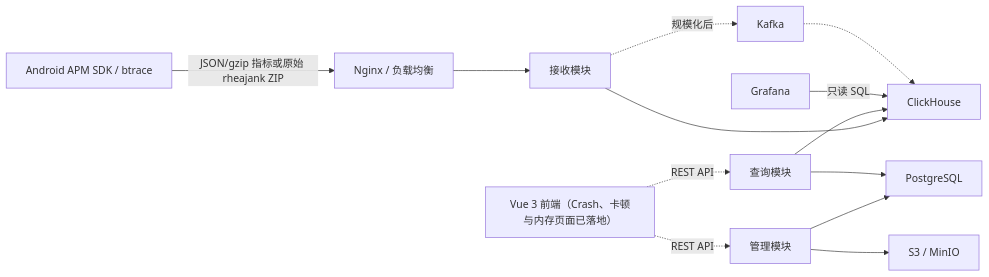
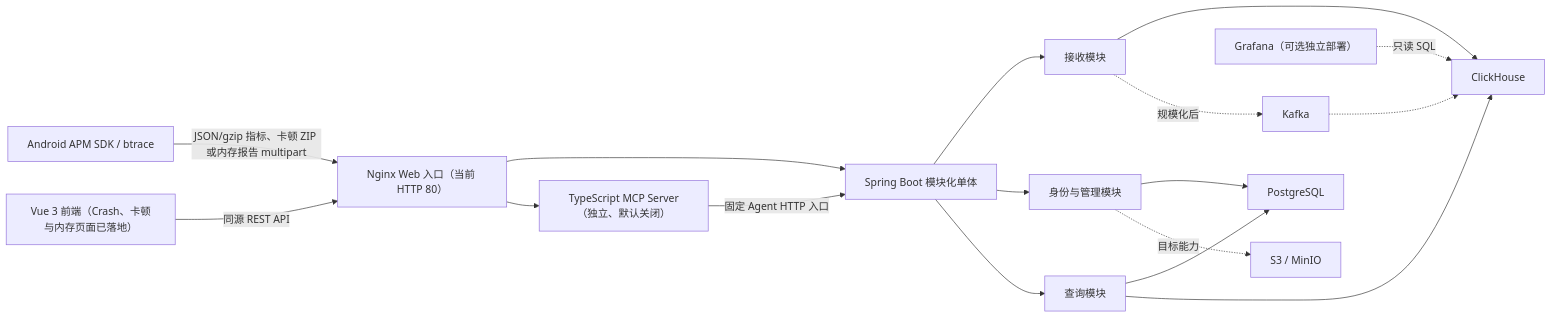
The diagram in docs/knowledge-base/02-总体架构与模块.md (mashanshui/apm-server), drawn with Mermaid before and after one commit. The commit also changed other lines of this file and 39 other files, not shown here.

````diff
--- a/docs/knowledge-base/02-总体架构与模块.md
+++ b/docs/knowledge-base/02-总体架构与模块.md
@@ -7,15 +7,19 @@
 ```mermaid
 flowchart LR
-    SDK["Android APM SDK / btrace"] -->|"JSON/gzip 指标或原始 rheajank ZIP"| Nginx["Nginx / 负载均衡"]
-    Nginx --> Ingest["接收模块"]
+    SDK["Android APM SDK / btrace"] -->|"JSON/gzip 指标、卡顿 ZIP 或内存报告 multipart"| Nginx["Nginx Web 入口（当前 HTTP 80）"]
+    Nginx --> Backend["Spring Boot 模块化单体"]
+    Nginx --> MCP["TypeScript MCP Server（独立、默认关闭）"]
+    MCP -->|"固定 Agent HTTP 入口"| Backend
+    Backend --> Ingest["接收模块"]
+    Backend --> Admin["身份与管理模块"]
+    Backend --> Query["查询模块"]
     Ingest --> CH["ClickHouse"]
-    Admin["管理模块"] --> PG["PostgreSQL"]
-    Admin --> Obj["S3 / MinIO"]
-    Query["查询模块"] --> PG
+    Admin --> PG["PostgreSQL"]
+    Query --> PG
     Query --> CH
-    Grafana["Grafana"] -->|"只读 SQL"| CH
-    Vue["Vue 3 前端（Crash、卡顿与内存页面已落地）"] -.->|"REST API"| Admin
-    Vue -.->|"REST API"| Query
+    Vue["Vue 3 前端（Crash、卡顿与内存页面已落地）"] -->|"同源 REST API"| Nginx
+    Grafana["Grafana（可选独立部署）"] -.->|"只读 SQL"| CH
+    Admin -.->|"目标能力"| Obj["S3 / MinIO"]
     Ingest -.->|"规模化后"| Kafka["Kafka"]
     Kafka -.-> CH
 ```
````
